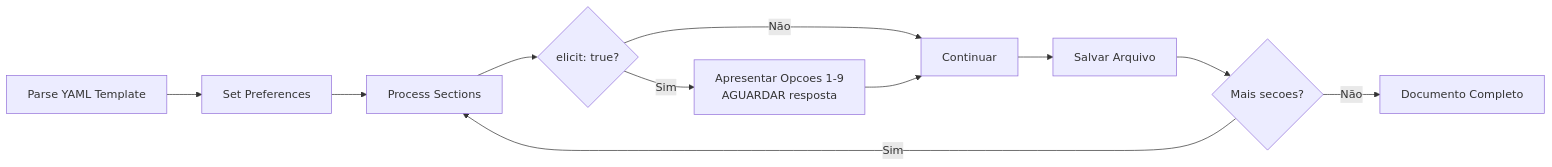
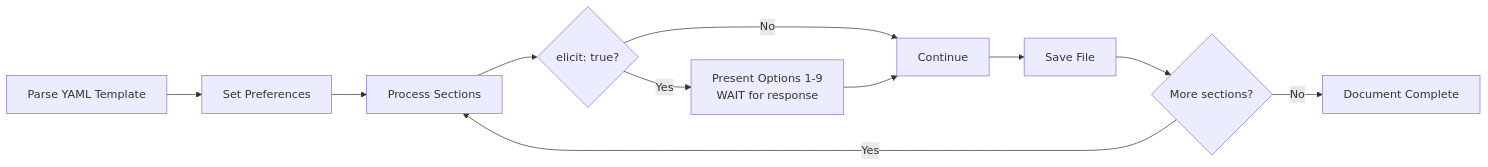
The fifth of 8 diagrams in docs/aexos-agent-flows/pm-system.md (CyryxLabs/AEXOS), drawn with Mermaid before and after one commit. The commit also changed other lines of this file and 528 other files, not shown here.

````diff
--- a/docs/aexos-agent-flows/pm-system.md
+++ b/docs/aexos-agent-flows/pm-system.md
@@ -292,13 +292,13 @@
 ```mermaid
 flowchart LR
     A[Parse YAML Template] --> B[Set Preferences]
     B --> C[Process Sections]
     C --> D{elicit: true?}
-    D -->|Sim| E[Apresentar Opcoes 1-9<br/>AGUARDAR resposta]
-    D -->|Não| F[Continuar]
+    D -->|Yes| E[Present Options 1-9<br/>WAIT for response]
+    D -->|No| F[Continue]
     E --> F
-    F --> G[Salvar Arquivo]
-    G --> H{Mais secoes?}
-    H -->|Sim| C
-    H -->|Não| I[Documento Completo]
+    F --> G[Save File]
+    G --> H{More sections?}
+    H -->|Yes| C
+    H -->|No| I[Document Complete]
 ```
````
